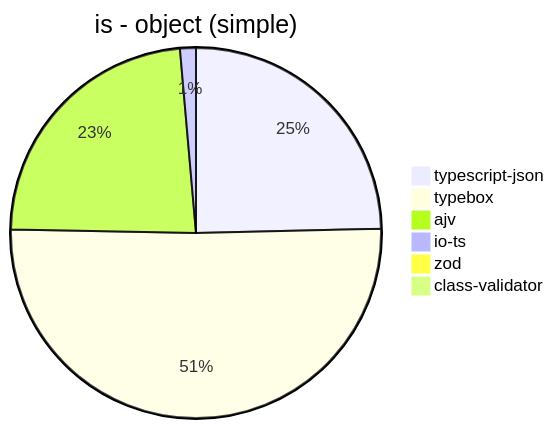
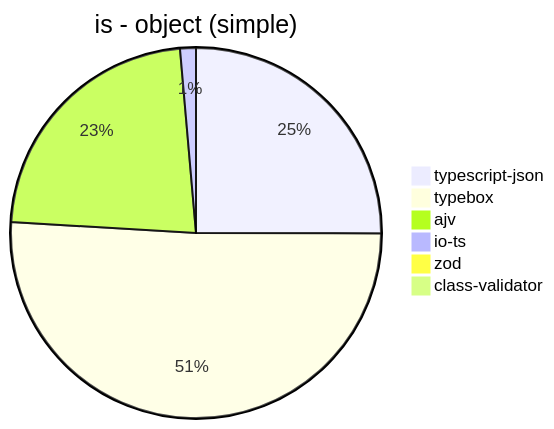
The first of 9 diagrams in benchmark/results/AMD Ryzen 7 3700X 8-Core Processor.md (samchon/typia), drawn with Mermaid before and after one commit. The commit also changed other lines of this file and 2 other files, not shown here.

````diff
--- a/benchmark/results/AMD Ryzen 7 3700X 8-Core Processor.md
+++ b/benchmark/results/AMD Ryzen 7 3700X 8-Core Processor.md
@@ -22,9 +22,9 @@
 ```mermaid
 pie title is - object (simple)
-  "typescript-json": 491268.8152353048
-  "typebox": 1010331.129476584
-  "ajv": 464905.2867550907
-  "io-ts": 27677.038626609443
-  "zod": 3022.5481209899176
-  "class-validator": 149.86376021798367
+  "typescript-json": 508027.1111925262
+  "typebox": 1032865.1213725132
+  "ajv": 460221.0584343991
+  "io-ts": 28042.95154185022
+  "zod": 3014.322438486963
+  "class-validator": 145.16129032258067
 ```
````
